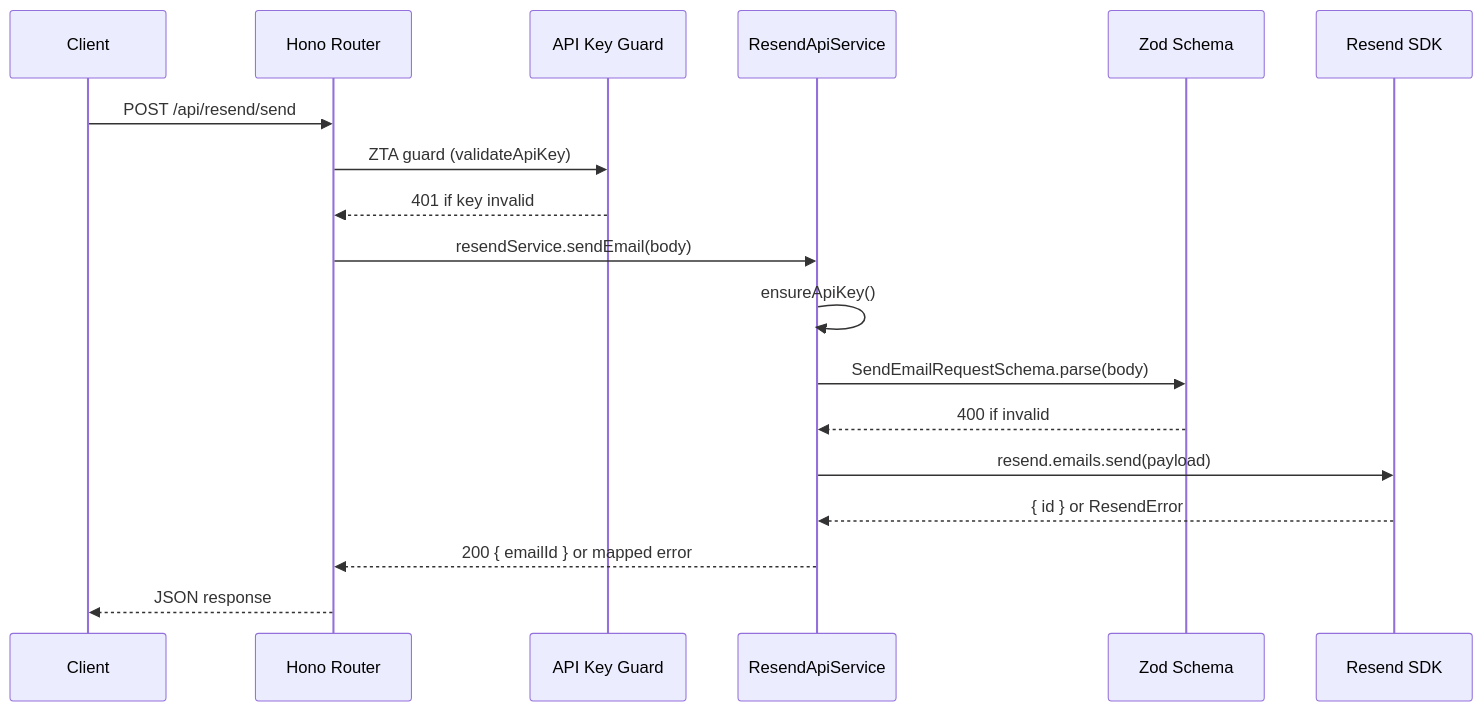
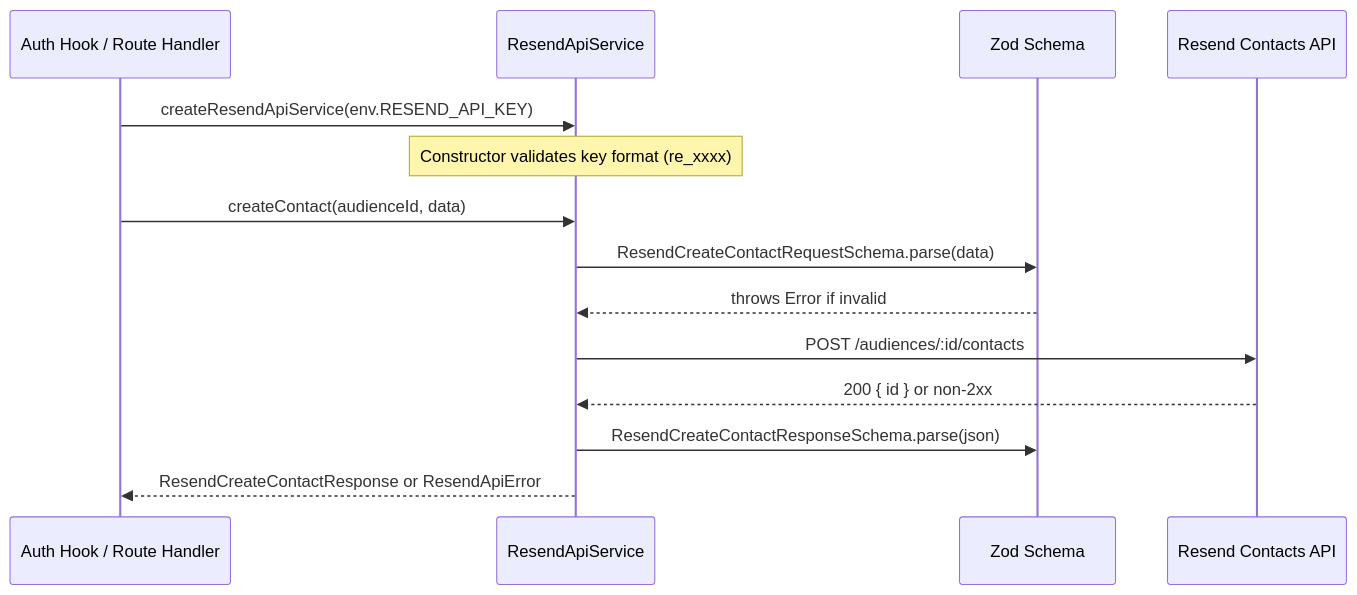
One commit to jaypatrick/adblock-compiler changed the diagram in docs/auth/resend-api-service.md. Above: the diagram before and after it, drawn with Mermaid. The commit also changed other lines of this file and 8 other files, not shown here.

````diff
--- a/docs/auth/resend-api-service.md
+++ b/docs/auth/resend-api-service.md
@@ -28,21 +34,17 @@
 ```mermaid
 sequenceDiagram
-    participant C as Client
-    participant H as Hono Router
-    participant G as API Key Guard
+    participant H as Auth Hook / Route Handler
     participant S as ResendApiService
     participant Z as Zod Schema
-    participant R as Resend SDK
+    participant R as Resend Contacts API
 
-    C->>H: POST /api/resend/send
-    H->>G: ZTA guard (validateApiKey)
-    G-->>H: 401 if key invalid
-    H->>S: resendService.sendEmail(body)
-    S->>S: ensureApiKey()
-    S->>Z: SendEmailRequestSchema.parse(body)
-    Z-->>S: 400 if invalid
-    S->>R: resend.emails.send(payload)
-    R-->>S: { id } or ResendError
-    S-->>H: 200 { emailId } or mapped error
-    H-->>C: JSON response
+    H->>S: createResendApiService(env.RESEND_API_KEY)
+    Note over S: Constructor validates key format (re_xxxx)
+    H->>S: createContact(audienceId, data)
+    S->>Z: ResendCreateContactRequestSchema.parse(data)
+    Z-->>S: throws Error if invalid
+    S->>R: POST /audiences/:id/contacts
+    R-->>S: 200 { id } or non-2xx
+    S->>Z: ResendCreateContactResponseSchema.parse(json)
+    S-->>H: ResendCreateContactResponse or ResendApiError
 ```
````
